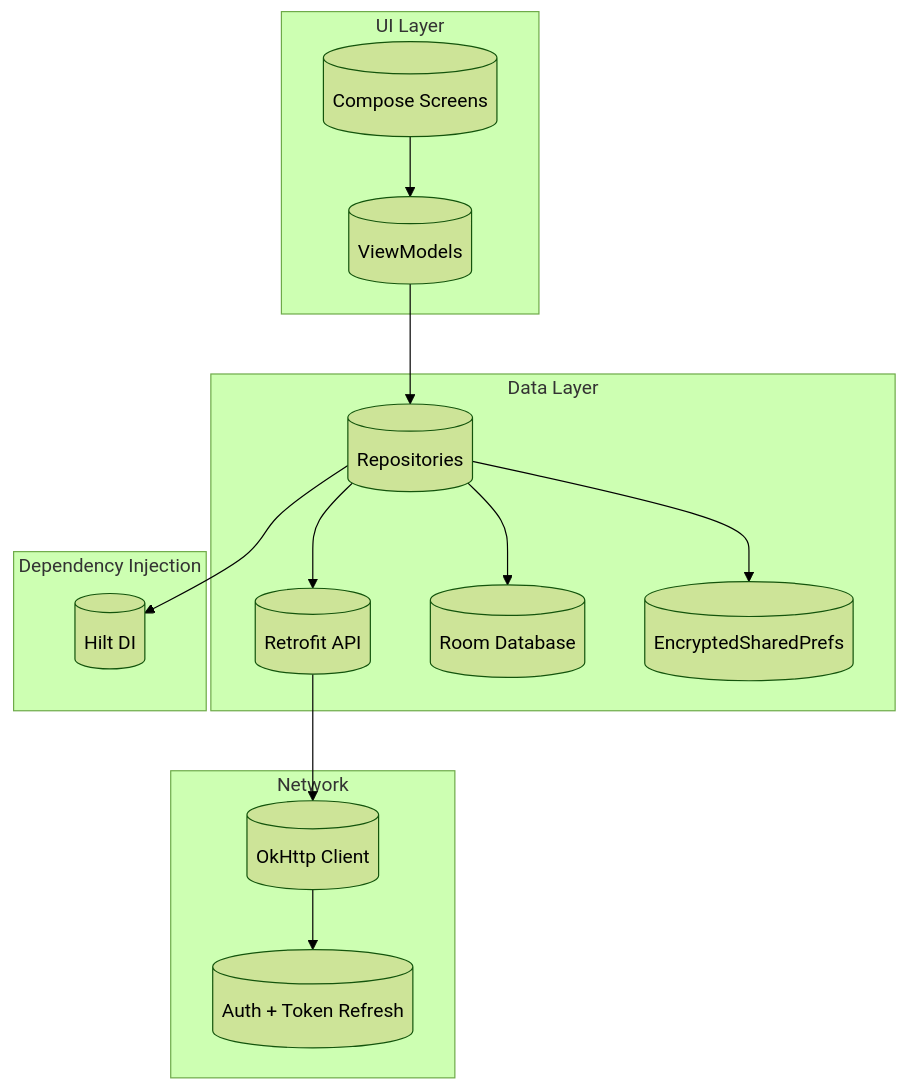
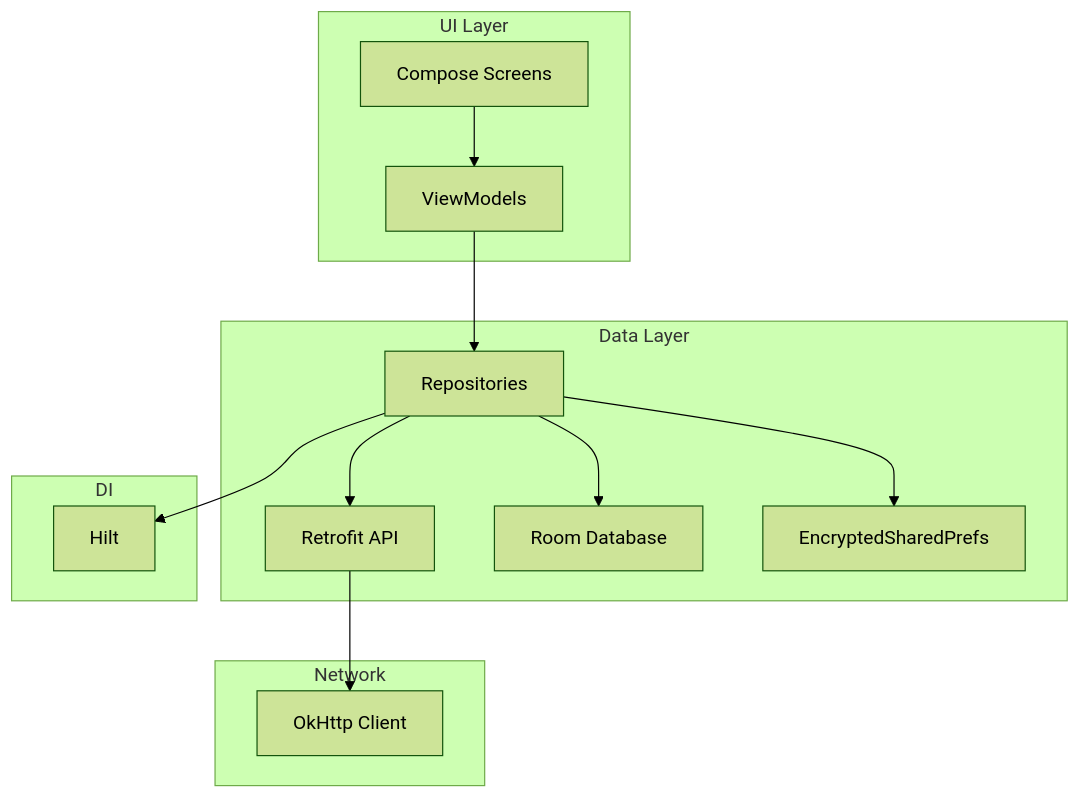
One commit to Savita-debug/mobile-app changed the first of 3 diagrams in README.md. Above: the diagram before and after it, drawn with Mermaid (forest theme). The commit also changed other lines of this file, not shown here.

Commit message:
docs: fix README - use proper Mermaid graph syntax

````diff
--- a/README.md
+++ b/README.md
@@ -7,32 +7,30 @@
 ```mermaid
-flowchart TB
+graph TD
     subgraph UI["UI Layer"]
-        Screens[("Compose Screens")]
-        ViewModels[("ViewModels")]
+        Screens[Compose Screens]
+        ViewModels[ViewModels]
     end
     
     subgraph Data["Data Layer"]
-        Repos[("Repositories")]
-        API[("Retrofit API")]
-        Room[("Room Database")]
-        Cache[("EncryptedSharedPrefs")]
+        Repos[Repositories]
+        API[Retrofit API]
+        Room[Room Database]
+        Cache[EncryptedSharedPrefs]
     end
     
     subgraph Network["Network"]
-        OkHttp[("OkHttp Client")]
-        Interceptors[("Auth + Token Refresh")]
+        OkHttp[OkHttp Client]
     end
     
-    subgraph DI["Dependency Injection"]
-        Hilt[("Hilt DI")]
+    subgraph DI["DI"]
+        Hilt[Hilt]
     end
     
     Screens --> ViewModels
     ViewModels --> Repos
     Repos --> API
     Repos --> Room
     Repos --> Cache
     API --> OkHttp
-    OkHttp --> Interceptors
     Repos --> Hilt
 ```
````
